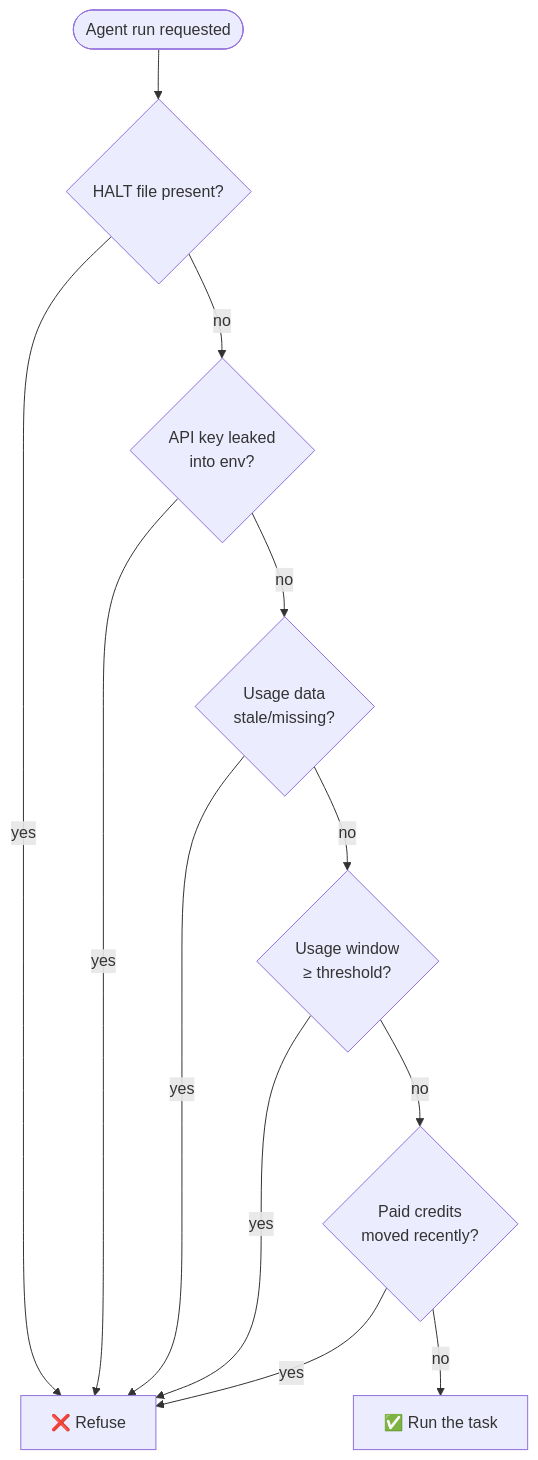
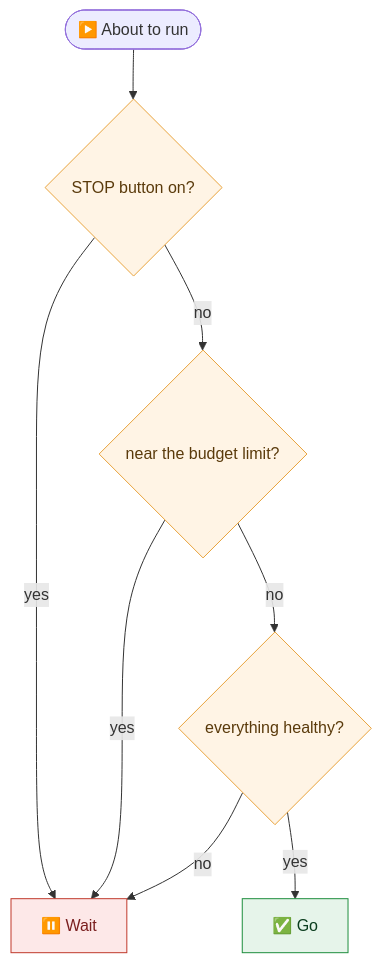
The third of 4 diagrams in README.md (hamadsec/paperclip-ai-company), drawn with Mermaid before and after one commit. The commit also changed other lines of this file and 3 other files, not shown here.

First line of the commit message:
Simplify for a general audience; add Why-It's-Different; nicer diagrams

````diff
--- a/README.md
+++ b/README.md
@@ -139,14 +117,17 @@
 ```mermaid
 flowchart TD
-    START([Agent run requested]) --> HALT{HALT file present?}
-    HALT -- yes --> DENY[❌ Refuse]
-    HALT -- no --> KEY{API key leaked\ninto env?}
-    KEY -- yes --> DENY
-    KEY -- no --> STALE{Usage data\nstale/missing?}
-    STALE -- yes --> DENY
-    STALE -- no --> PCT{Usage window\n≥ threshold?}
-    PCT -- yes --> DENY
-    PCT -- no --> CREDIT{Paid credits\nmoved recently?}
-    CREDIT -- yes --> DENY
-    CREDIT -- no --> ALLOW[✅ Run the task]
+    START([▶️ About to run]) --> HALT{STOP button on?}
+    HALT -- yes --> DENY[⏸️ Wait]
+    HALT -- no --> BUDGET{near the budget limit?}
+    BUDGET -- yes --> DENY
+    BUDGET -- no --> SAFE{everything healthy?}
+    SAFE -- no --> DENY
+    SAFE -- yes --> GO[✅ Go]
+
+    classDef deny fill:#fde8e8,stroke:#c0392b,color:#7a1f1f;
+    classDef ok fill:#e6f4ea,stroke:#1e8e3e,color:#0b3d1e;
+    classDef chk fill:#fff4e5,stroke:#e8a33d,color:#5a3a0b;
+    class DENY deny;
+    class GO ok;
+    class HALT,BUDGET,SAFE chk;
 ```
````
